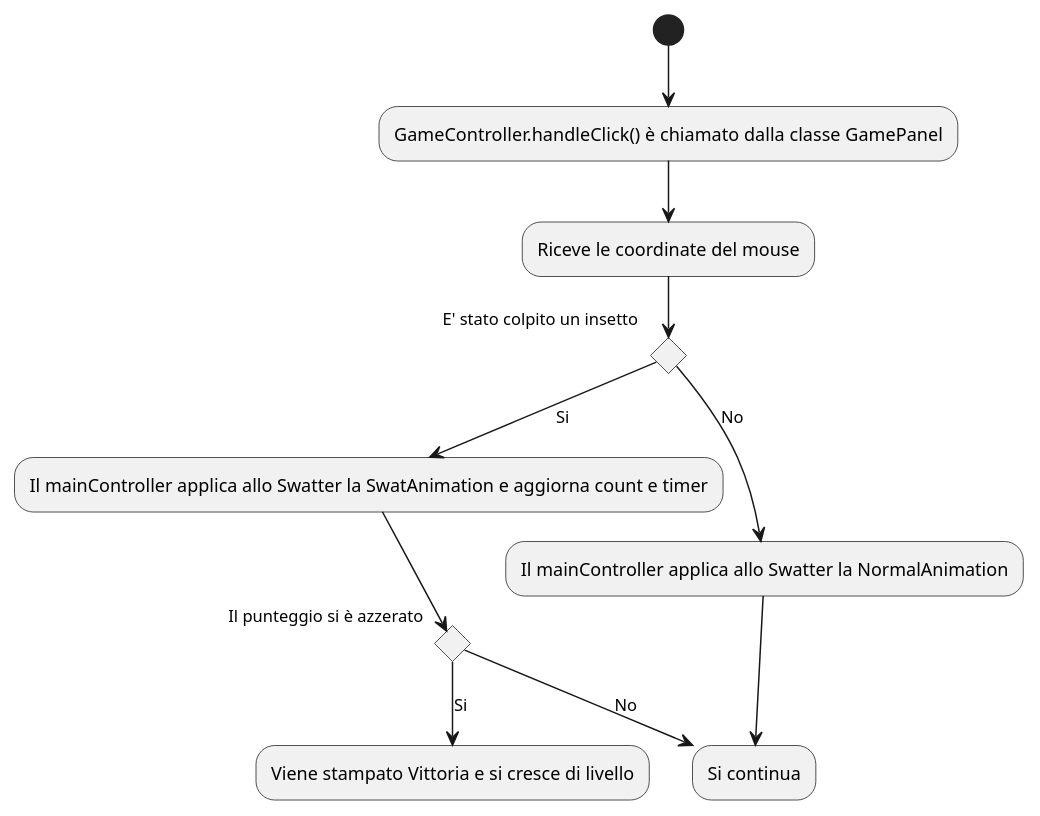
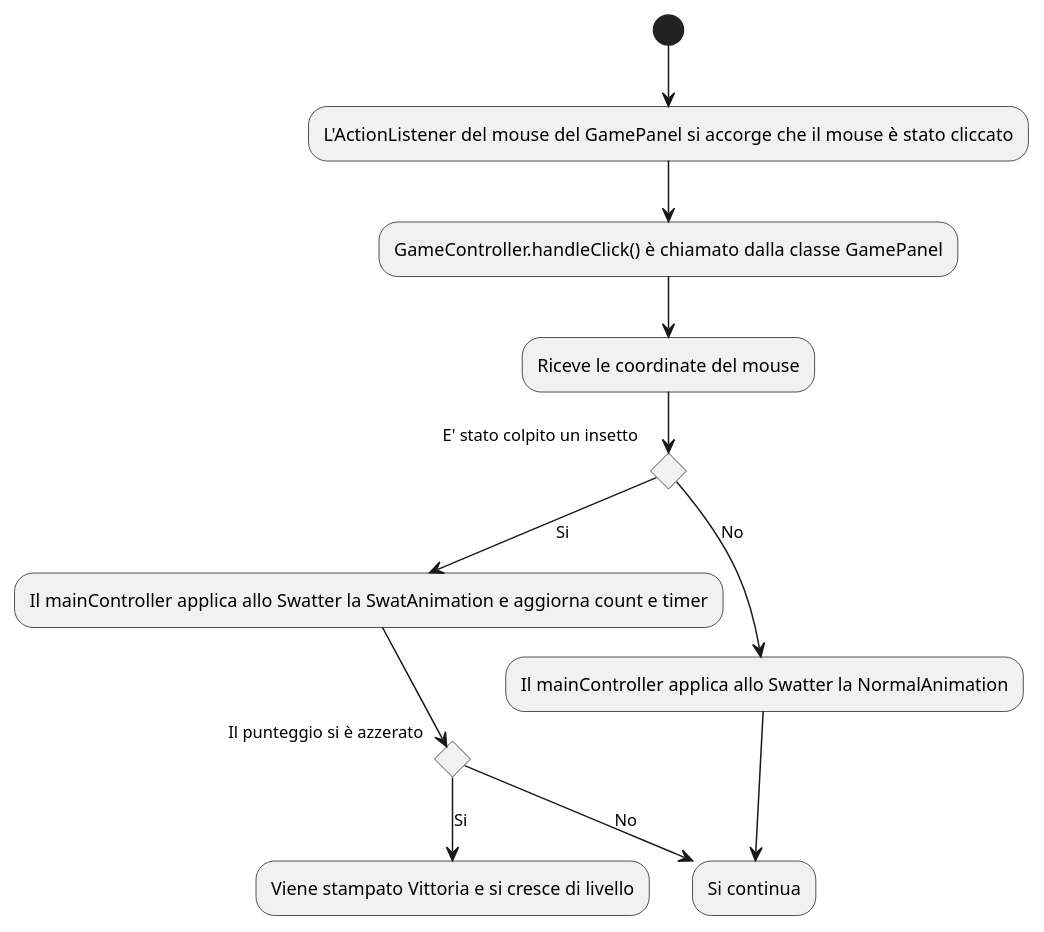
Before and after one commit to lcintini/JFlySwatter: the diagram in src/controller/HandleClickActivity.puml, drawn with PlantUML. The commit also changed 2 other files, not shown here.

Commit message:
Correzione uml

```diff
--- a/src/controller/HandleClickActivity.puml
+++ b/src/controller/HandleClickActivity.puml
@@ -1,18 +1,19 @@
 @startuml
 'https://plantuml.com/activity-diagram-beta
 
-(*)  --> "GameController.handleClick() è chiamato dalla classe GamePanel"
+(*)  --> "L'ActionListener del mouse del GamePanel si accorge che il mouse è stato cliccato"
+--> "GameController.handleClick() è chiamato dalla classe GamePanel"
 --> "Riceve le coordinate del mouse"
 If "E' stato colpito un insetto" then
 --> [Si] "Il mainController applica allo Swatter la SwatAnimation e aggiorna count e timer"
     --> If "Il punteggio si è azzerato" then
     --> [Si] "Viene stampato Vittoria e si cresce di livello"
     else
     --> [No] "Si continua"
     Endif
 else
 --> [No] "Il mainController applica allo Swatter la NormalAnimation"
 --> "Si continua"
 Endif
 
 @enduml
```
